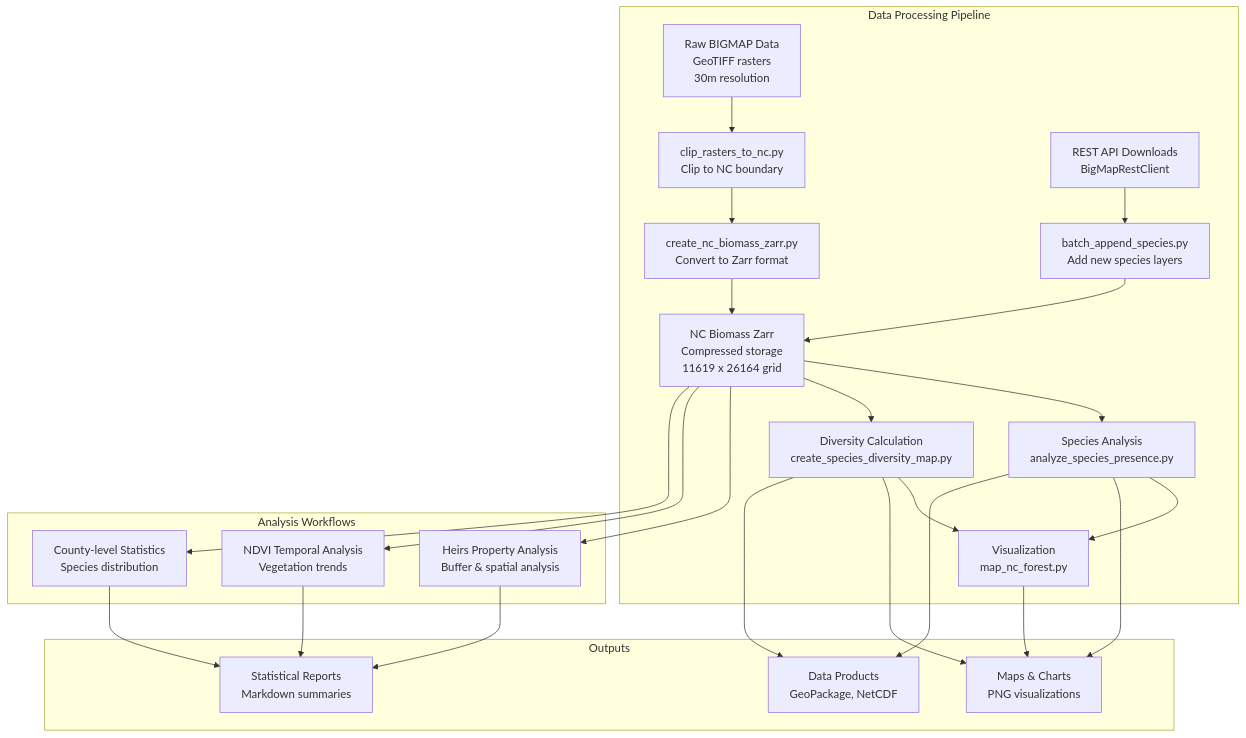
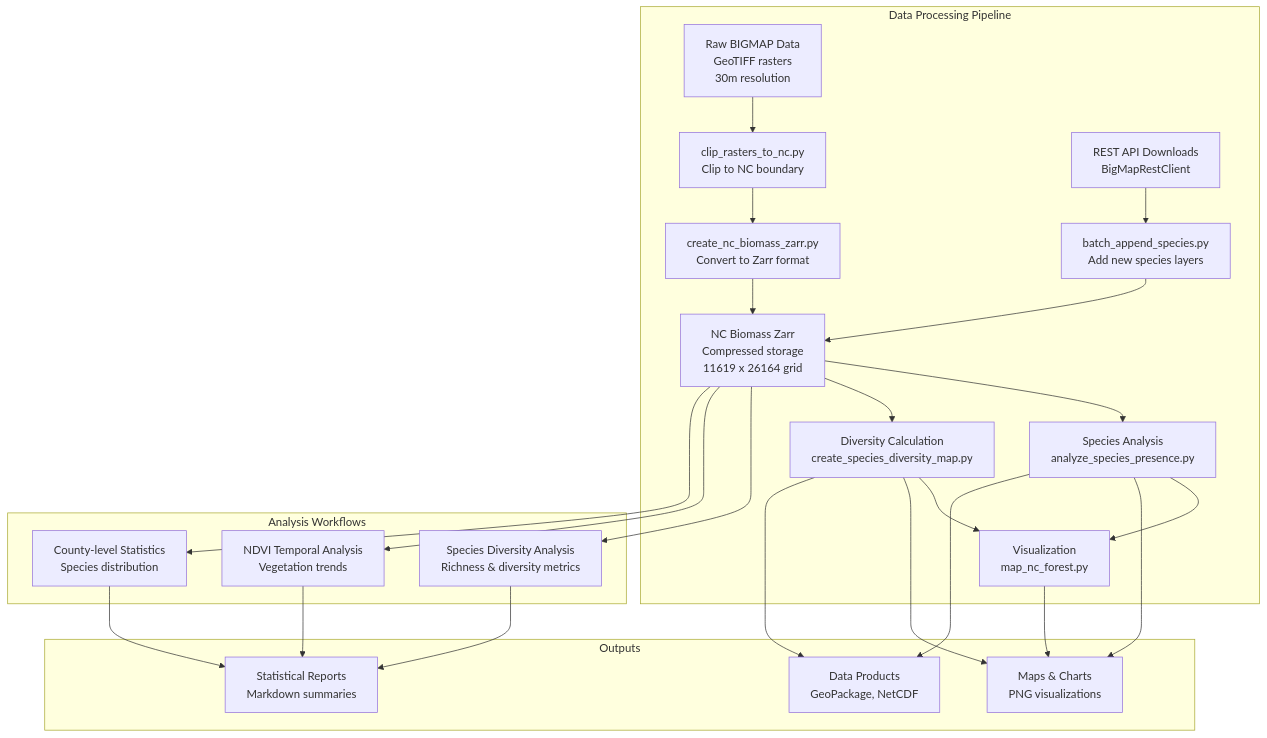
One commit to mihiarc/bigmap-zarr changed the second of 5 diagrams in docs/architecture/overview.md. Above: the diagram before and after it, drawn with Mermaid. The commit also changed 101 other files, not shown here.

````diff
--- a/docs/architecture/overview.md
+++ b/docs/architecture/overview.md
@@ -89,49 +89,49 @@
 ```mermaid
 graph TD
     subgraph "Data Processing Pipeline"
         A["Raw BIGMAP Data<br/>GeoTIFF rasters<br/>30m resolution"]
         B["clip_rasters_to_nc.py<br/>Clip to NC boundary"]
         C["create_nc_biomass_zarr.py<br/>Convert to Zarr format"]
         D["NC Biomass Zarr<br/>Compressed storage<br/>11619 x 26164 grid"]
         E["batch_append_species.py<br/>Add new species layers"]
         F["REST API Downloads<br/>BigMapRestClient"]
         G["Species Analysis<br/>analyze_species_presence.py"]
         H["Diversity Calculation<br/>create_species_diversity_map.py"]
         I["Visualization<br/>map_nc_forest.py"]
     end
     
     subgraph "Analysis Workflows"
-        J["Heirs Property Analysis<br/>Buffer & spatial analysis"]
+        J["Species Diversity Analysis<br/>Richness & diversity metrics"]
         K["NDVI Temporal Analysis<br/>Vegetation trends"]
         L["County-level Statistics<br/>Species distribution"]
     end
     
     subgraph "Outputs"
         M["Maps & Charts<br/>PNG visualizations"]
         N["Statistical Reports<br/>Markdown summaries"]
         O["Data Products<br/>GeoPackage, NetCDF"]
     end
     
     A --> B
     B --> C
     C --> D
     F --> E
     E --> D
     D --> G
     D --> H
     G --> I
     H --> I
     
     D --> J
     D --> K
     D --> L
     
     G --> M
     H --> M
     I --> M
     J --> N
     K --> N
     L --> N
     G --> O
     H --> O
 ```
````
